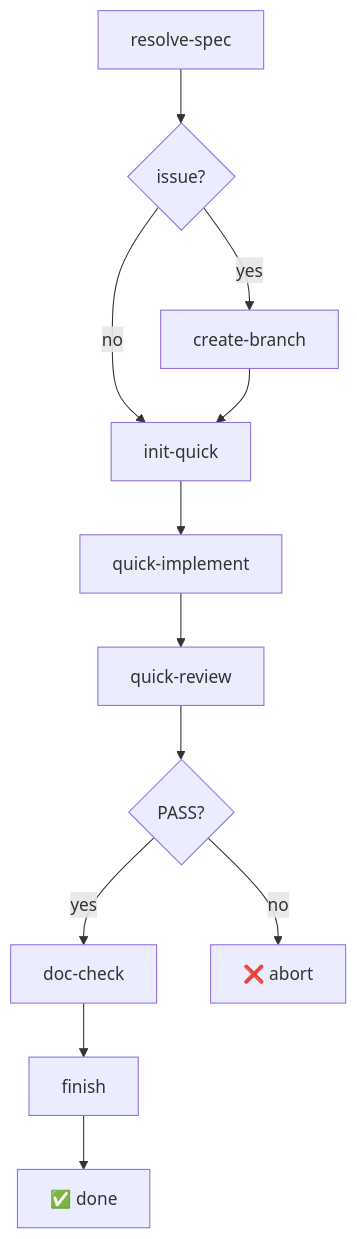
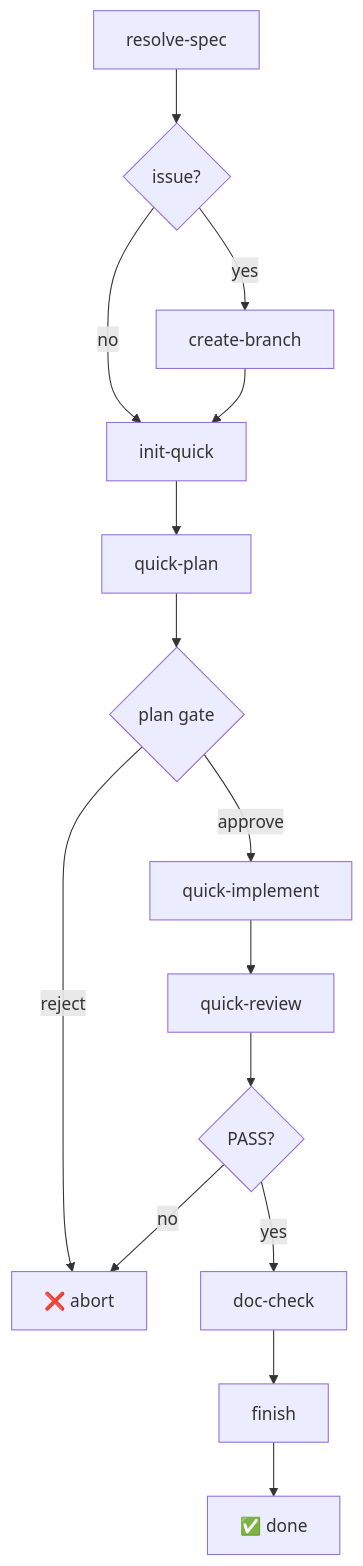
Before and after one commit to markuswondrak/spec-kit-extended-flow: the third of 3 diagrams in docs/flows.md, drawn with Mermaid. The commit also changed other lines of this file and 13 other files, not shown here.

First line of the commit message:
feat: add plan phase and plan gate to the quick flow

````diff
--- a/docs/flows.md
+++ b/docs/flows.md
@@ -90,14 +90,17 @@
 ```mermaid
 flowchart TD
     A[resolve-spec] --> B{issue?}
     B -->|yes| C[create-branch]
     B -->|no| D[init-quick]
     C --> D
-    D --> E[quick-implement]
-    E --> F[quick-review]
-    F --> G{PASS?}
-    G -->|yes| H[doc-check]
-    G -->|no| I[❌ abort]
-    H --> J[finish]
-    J --> K[✅ done]
+    D --> E[quick-plan]
+    E --> F{plan gate}
+    F -->|approve| G[quick-implement]
+    F -->|reject| H[❌ abort]
+    G --> I[quick-review]
+    I --> J{PASS?}
+    J -->|yes| K[doc-check]
+    J -->|no| H
+    K --> L[finish]
+    L --> M[✅ done]
 ```
````
